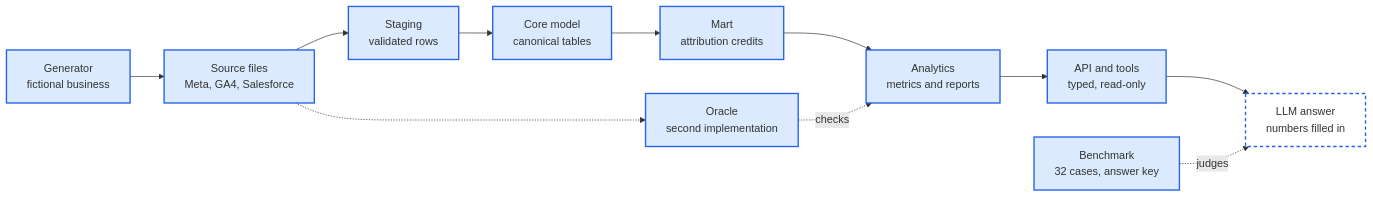
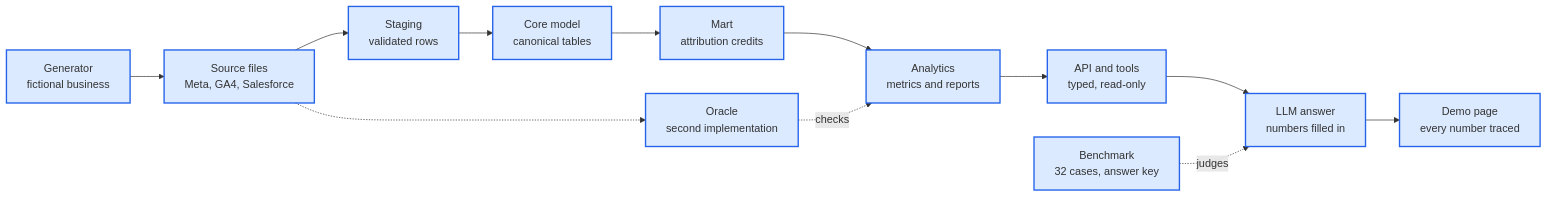
One commit to Dp-6640/MarketingIQ changed the diagram in docs/build-journal.md. Above: the diagram before and after it, drawn with Mermaid. The commit also changed other lines of this file, not shown here.

````diff
--- a/docs/build-journal.md
+++ b/docs/build-journal.md
@@ -30,16 +30,17 @@
 ```mermaid
 flowchart LR
     gen["Generator<br/>fictional business"]:::built --> files["Source files<br/>Meta, GA4, Salesforce"]:::built
     files --> staging["Staging<br/>validated rows"]:::built
     staging --> core["Core model<br/>canonical tables"]:::built
     core --> mart["Mart<br/>attribution credits"]:::built
     mart --> analytics["Analytics<br/>metrics and reports"]:::built
     analytics --> api["API and tools<br/>typed, read-only"]:::built
     oracle["Oracle<br/>second implementation"]:::built -.->|checks| analytics
     files -.-> oracle
-    api --> llm["LLM answer<br/>numbers filled in"]:::next
+    api --> llm["LLM answer<br/>numbers filled in"]:::built
+    llm --> demo["Demo page<br/>every number traced"]:::built
     bench["Benchmark<br/>32 cases, answer key"]:::built -.->|judges| llm
     classDef built fill:#dbeafe,stroke:#2563eb,stroke-width:2px
     classDef next fill:#fff,stroke:#2563eb,stroke-width:2px,stroke-dasharray:5 4
     classDef planned fill:#fff,stroke:#9ca3af
 ```
````
